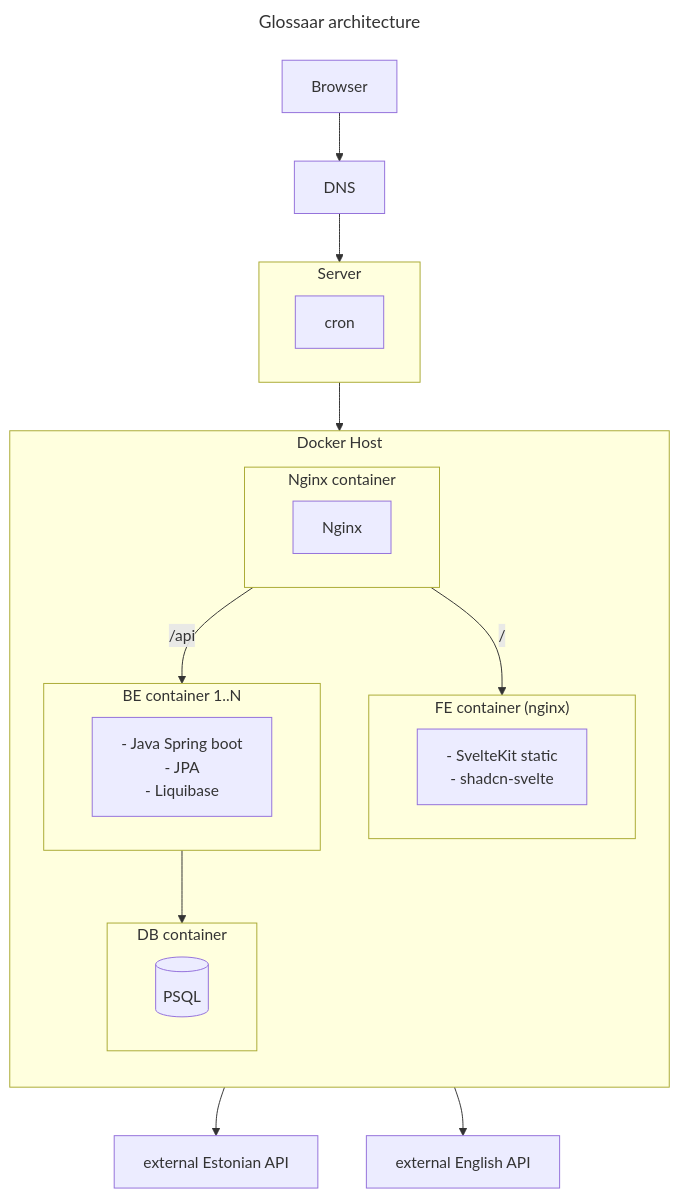
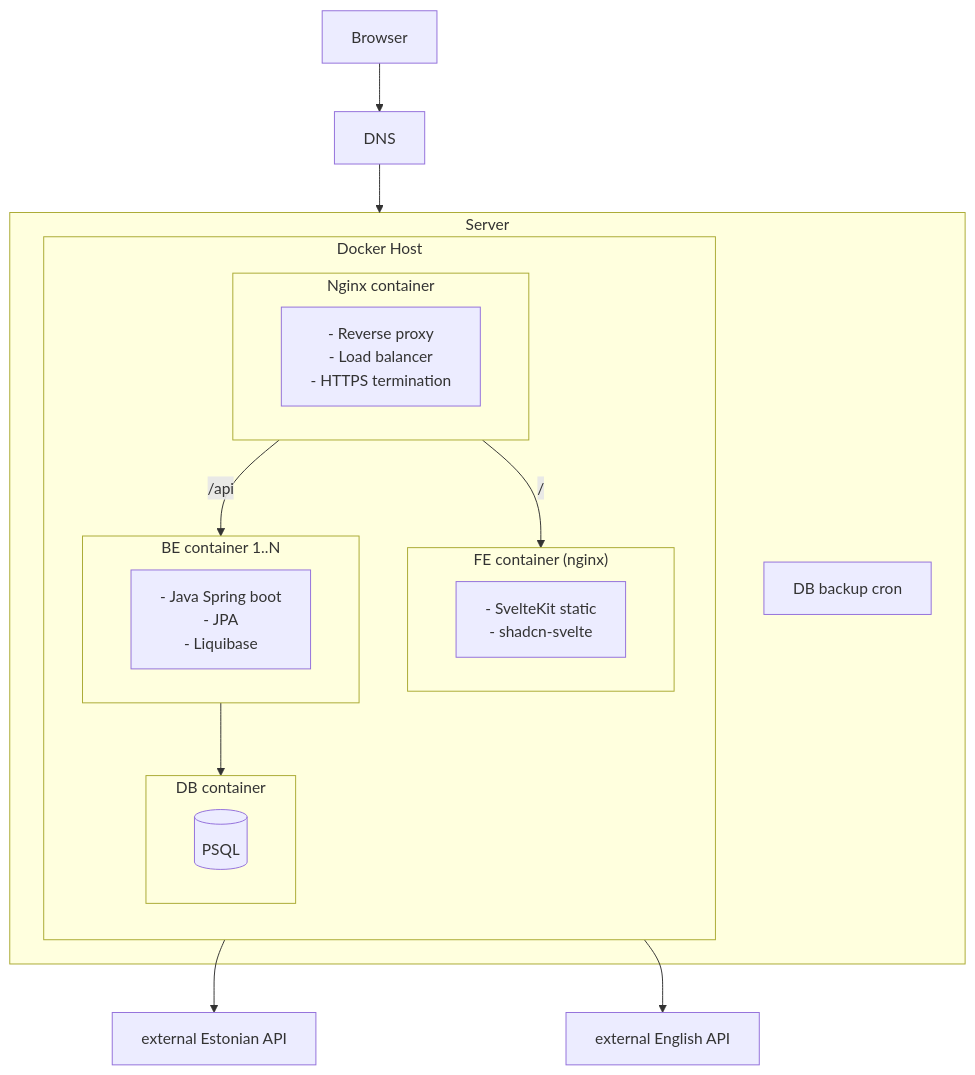
Before and after one commit to taltech-vanemarendajaks/team-01-glossaar: the diagram in architecture.mermaid, drawn with Mermaid. The commit also changed 2 other files, not shown here.

```diff
--- a/architecture.mermaid
+++ b/architecture.mermaid
@@ -1,48 +1,47 @@
----
-title: Glossaar architecture
----
-
 flowchart TB
     Browser --> DNS
 	DNS --> Server
-    Server --> DockerHost
 	NginxContainer -->|/api| BeContainer
 	NginxContainer -->|/| FeContainer
 
 	BeContainer --> DbContainer
 	BeContainer --> Eki[external Estonian API]
 	BeContainer --> Wordnik[external English API]
 
 	subgraph Server
-		cron
-	end
+        cron[DB backup cron]
 
-	subgraph DockerHost["Docker Host"]
-		direction TB
+        subgraph DockerHost["Docker Host"]
+            direction TB
 
-		subgraph NginxContainer["Nginx container"]
-			Nginx
-		end
+            subgraph NginxContainer["Nginx container"]
+                Nginx[
+                    - Reverse proxy
+                    - Load balancer
+                    - HTTPS termination
+                ]
+            end
 
-		subgraph BeContainer["BE container 1..N"]
-			Be[
-				- Java Spring boot
-				- JPA
-				- Liquibase
-			]
-		end
+            subgraph BeContainer["BE container 1..N"]
+                Be[
+                    - Java Spring boot
+                    - JPA
+                    - Liquibase
+                ]
+            end
 
-		subgraph FeContainer["FE container (nginx)"]
-			Fe[
-				- SvelteKit static
-				- shadcn-svelte
-			]
-		end
+            subgraph FeContainer["FE container (nginx)"]
+                Fe[
+                    - SvelteKit static
+                    - shadcn-svelte
+                ]
+            end
 
-		subgraph DbContainer["DB container"]
-			DB[(PSQL)]
-		end
-	end
+            subgraph DbContainer["DB container"]
+                DB[(PSQL)]
+            end
+        end
+    end
 
 %% TODO: add monitoring, if applies
 %% TODO: add replica db logic, if applies
```
